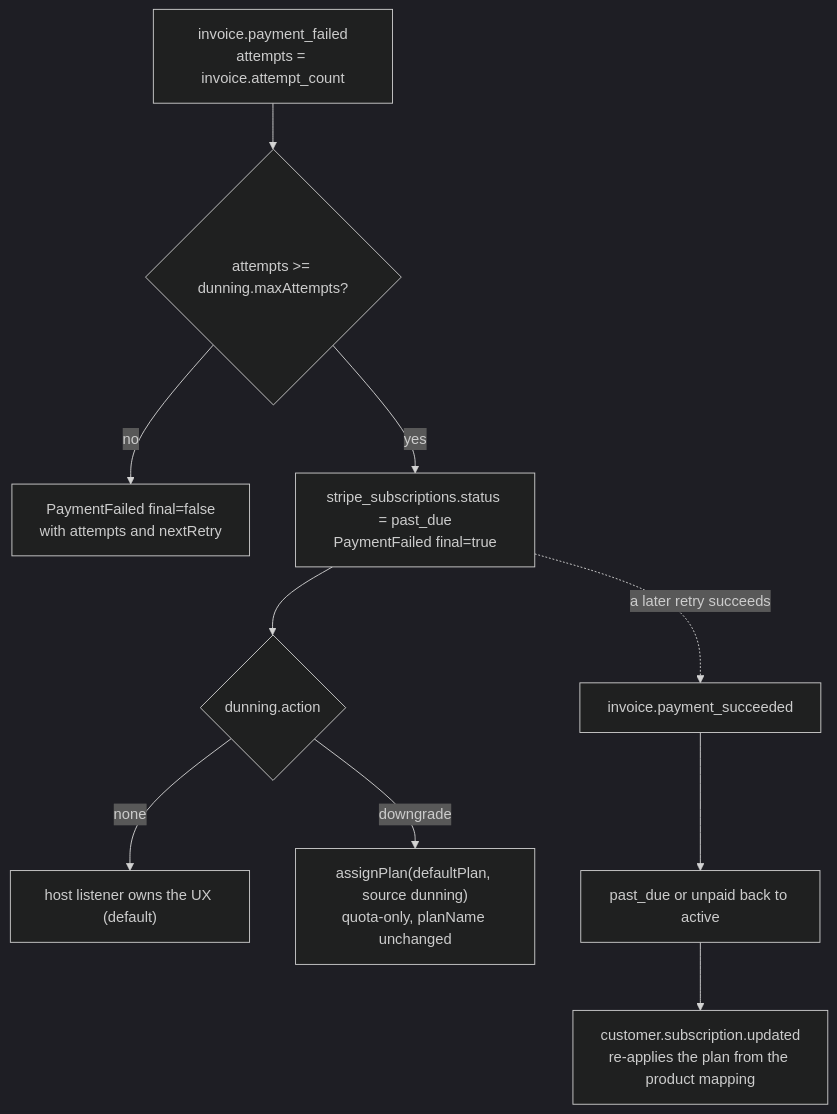
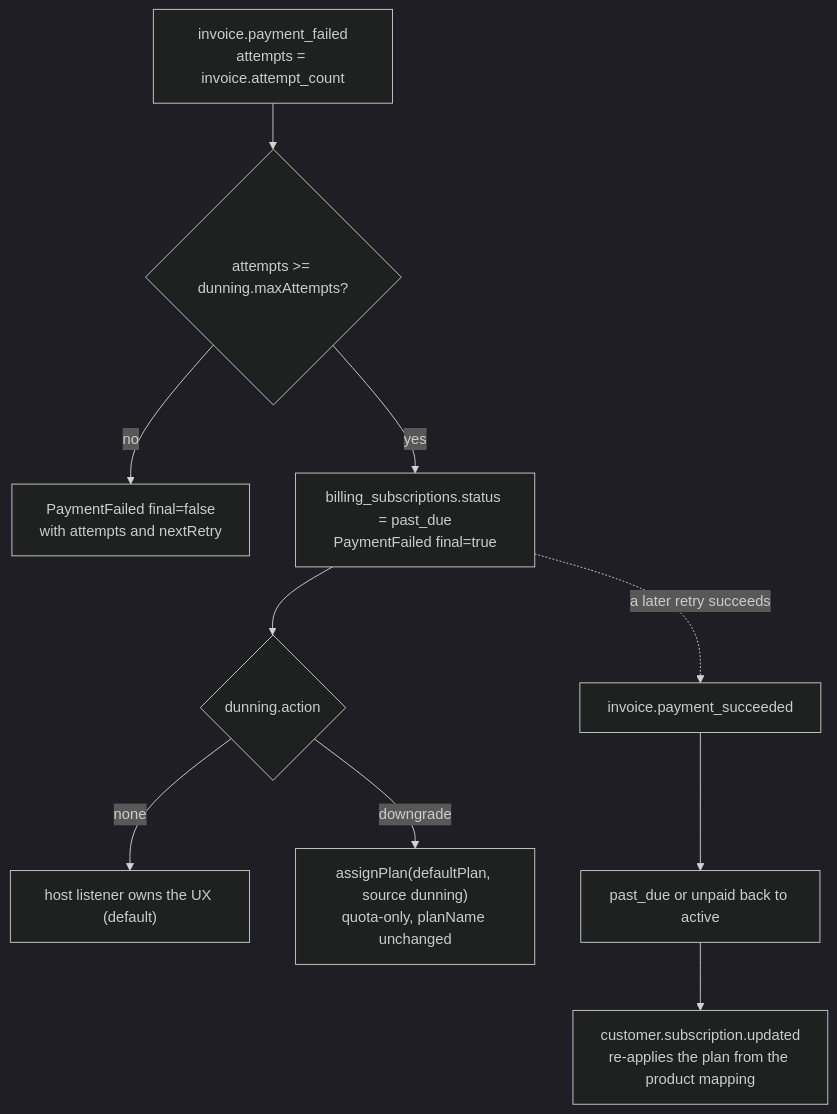
Before and after one commit to Arcoders/Adonisjs-lasagna-saas-tenancy: the second of 2 diagrams in docs/docs/satellites/billing.md, drawn with Mermaid (dark theme). The commit also changed other lines of this file and 107 other files, not shown here.

````diff
--- a/docs/docs/satellites/billing.md
+++ b/docs/docs/satellites/billing.md
@@ -212,12 +318,12 @@
 ```mermaid
 flowchart TB
   F["invoice.payment_failed<br/>attempts = invoice.attempt_count"] --> FIN{"attempts >= dunning.maxAttempts?"}
   FIN -->|no| NF["PaymentFailed final=false<br/>with attempts and nextRetry"]
-  FIN -->|yes| PD["stripe_subscriptions.status = past_due<br/>PaymentFailed final=true"]
+  FIN -->|yes| PD["billing_subscriptions.status = past_due<br/>PaymentFailed final=true"]
   PD --> ACT{"dunning.action"}
   ACT -->|none| HOST["host listener owns the UX (default)"]
   ACT -->|downgrade| DG["assignPlan(defaultPlan, source dunning)<br/>quota-only, planName unchanged"]
   PD -. a later retry succeeds .-> S["invoice.payment_succeeded"]
   S --> REC["past_due or unpaid back to active"]
   REC --> PLAN["customer.subscription.updated<br/>re-applies the plan from the product mapping"]
 ```
````
